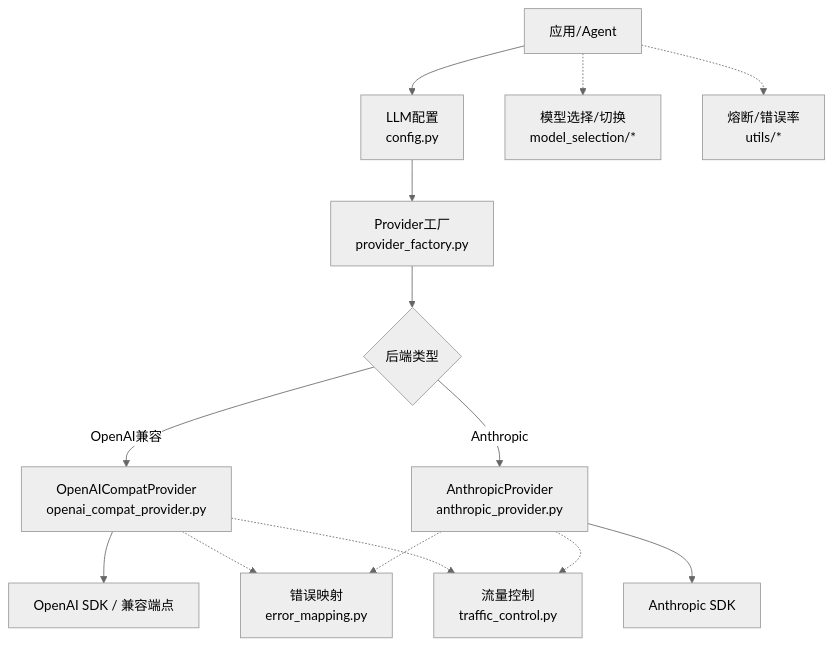
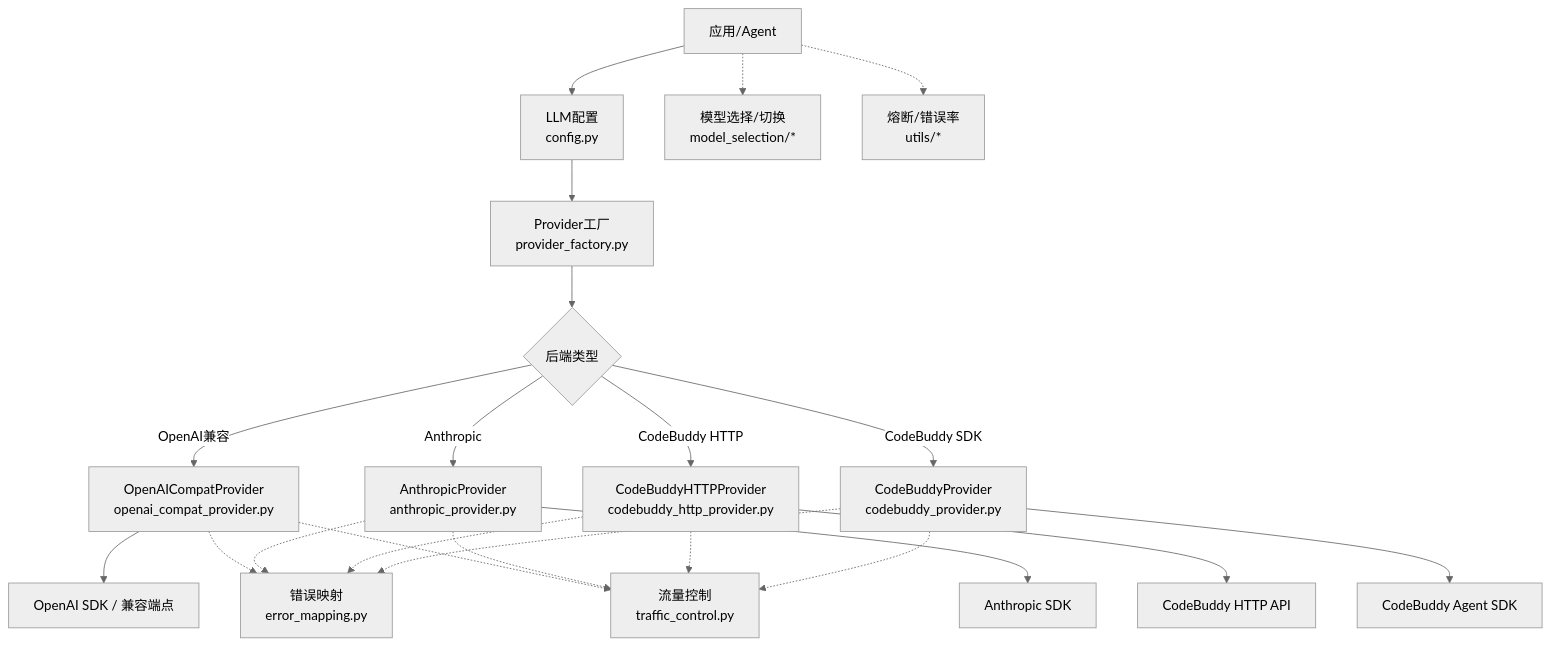
One commit to gongzili456/DeepTutor changed the first of 8 diagrams in .qoder/repowiki/zh/content/配置管理/模型目录配置/模型提供商支持/模型提供商支持.md. Above: the diagram before and after it, drawn with Mermaid (neutral theme). The commit also changed other lines of this file and 289 other files, not shown here.

````diff
--- a/.qoder/repowiki/zh/content/配置管理/模型目录配置/模型提供商支持/模型提供商支持.md
+++ b/.qoder/repowiki/zh/content/配置管理/模型目录配置/模型提供商支持/模型提供商支持.md
@@ -45,16 +58,24 @@
 ```mermaid
 graph TB
 A["应用/Agent"] --> B["LLM配置<br/>config.py"]
 B --> C["Provider工厂<br/>provider_factory.py"]
 C --> D{"后端类型"}
 D --> |OpenAI兼容| E["OpenAICompatProvider<br/>openai_compat_provider.py"]
 D --> |Anthropic| F["AnthropicProvider<br/>anthropic_provider.py"]
-E --> G["OpenAI SDK / 兼容端点"]
-F --> H["Anthropic SDK"]
-E -.-> I["错误映射<br/>error_mapping.py"]
-F -.-> I
-E -.-> J["流量控制<br/>traffic_control.py"]
-F -.-> J
-A -.-> K["模型选择/切换<br/>model_selection/*"]
-A -.-> L["熔断/错误率<br/>utils/*"]
+D --> |CodeBuddy HTTP| G["CodeBuddyHTTPProvider<br/>codebuddy_http_provider.py"]
+D --> |CodeBuddy SDK| H["CodeBuddyProvider<br/>codebuddy_provider.py"]
+E --> I["OpenAI SDK / 兼容端点"]
+F --> J["Anthropic SDK"]
+G --> K["CodeBuddy HTTP API"]
+H --> L["CodeBuddy Agent SDK"]
+E -.-> M["错误映射<br/>error_mapping.py"]
+F -.-> M
+G -.-> M
+H -.-> M
+E -.-> N["流量控制<br/>traffic_control.py"]
+F -.-> N
+G -.-> N
+H -.-> N
+A -.-> O["模型选择/切换<br/>model_selection/*"]
+A -.-> P["熔断/错误率<br/>utils/*"]
 ```
````
